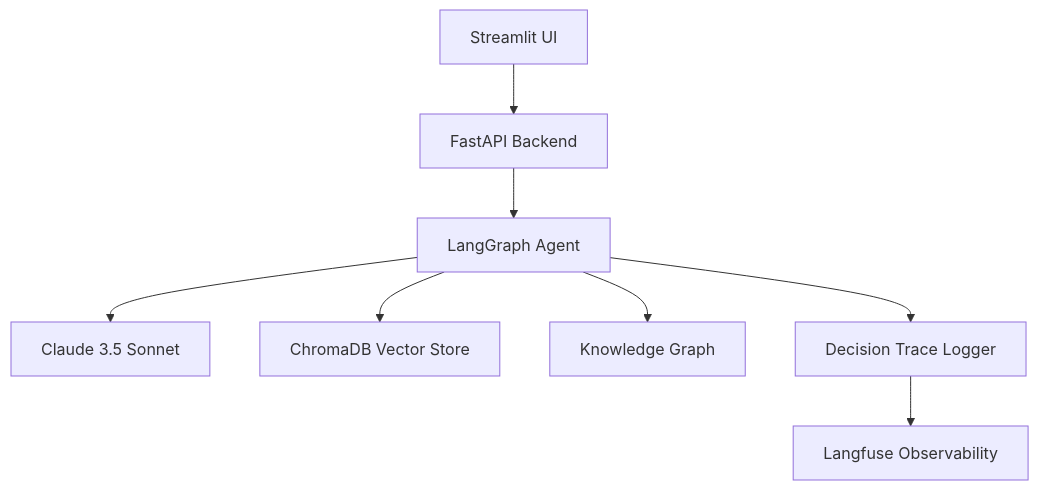
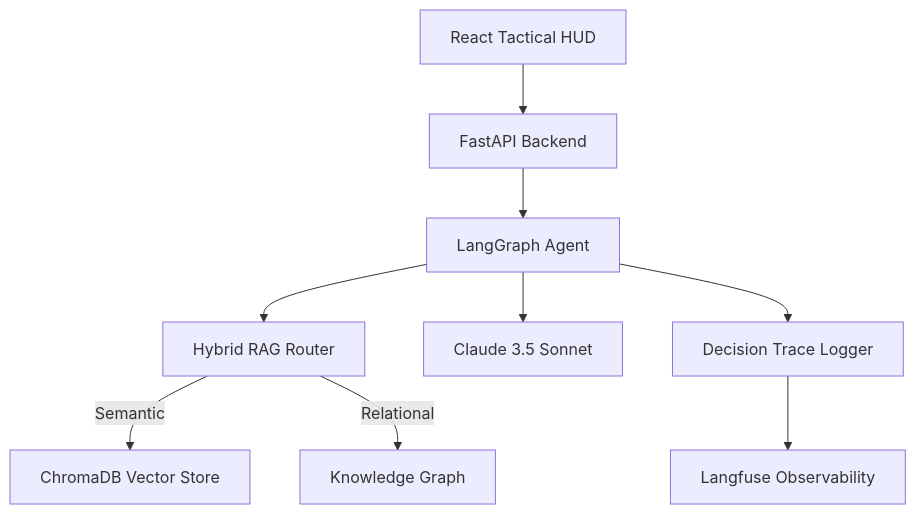
Before and after one commit to im-sham/docs: the diagram in architecture/overview.mdx, drawn with Mermaid. The commit also changed other lines of this file and 10 other files, not shown here.

````diff
--- a/architecture/overview.mdx
+++ b/architecture/overview.mdx
@@ -10,10 +10,11 @@
 ```mermaid
 graph TD
-    UI[Streamlit UI] --> API[FastAPI Backend]
+    UI[React Tactical HUD] --> API[FastAPI Backend]
     API --> Agent[LangGraph Agent]
+    Agent --> Router[Hybrid RAG Router]
+    Router -->|Semantic| RAG[ChromaDB Vector Store]
+    Router -->|Relational| KG[Knowledge Graph]
     Agent --> LLM[Claude 3.5 Sonnet]
-    Agent --> RAG[ChromaDB Vector Store]
-    Agent --> KG[Knowledge Graph]
     Agent --> Traces[Decision Trace Logger]
     Traces --> Langfuse[Langfuse Observability]
 ```
````
